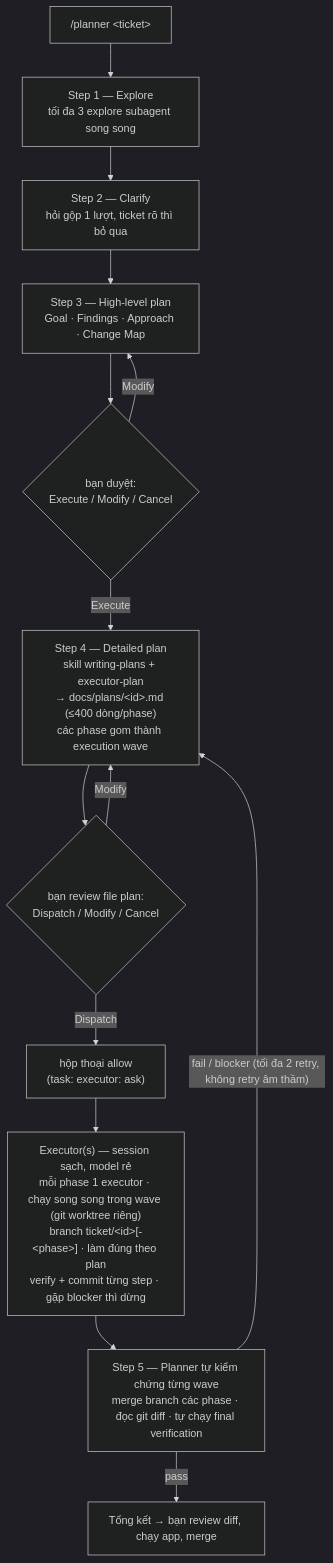
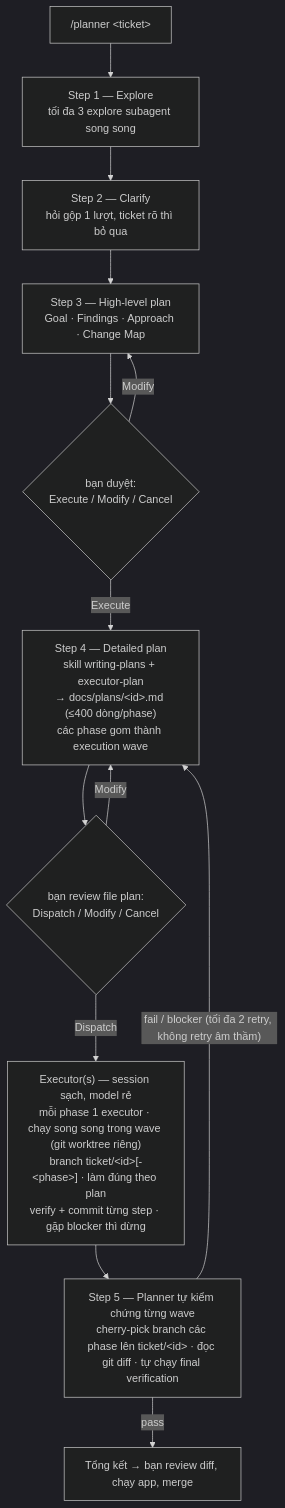
One commit to thanhnguyen293/planexec changed the diagram in README.vi.md. Above: the diagram before and after it, drawn with Mermaid (dark theme). The commit also changed other lines of this file and 5 other files, not shown here.

First line of the commit message:
workflow: auto-allow executor + cherry-pick waves (all 3 tools)

````diff
--- a/README.vi.md
+++ b/README.vi.md
@@ -12,16 +12,15 @@
 ```mermaid
 flowchart TD
     A["/planner &lt;ticket&gt;"] --> B["Step 1 — Explore<br/>tối đa 3 explore subagent song song"]
     B --> C["Step 2 — Clarify<br/>hỏi gộp 1 lượt, ticket rõ thì bỏ qua"]
     C --> D["Step 3 — High-level plan<br/>Goal · Findings · Approach · Change Map"]
     D --> G1{"bạn duyệt:<br/>Execute / Modify / Cancel"}
     G1 -- Modify --> D
     G1 -- Execute --> E["Step 4 — Detailed plan<br/>skill writing-plans + executor-plan<br/>→ docs/plans/&lt;id&gt;.md (≤400 dòng/phase)<br/>các phase gom thành execution wave"]
     E --> G2{"bạn review file plan:<br/>Dispatch / Modify / Cancel"}
     G2 -- Modify --> E
-    G2 -- Dispatch --> G3["hộp thoại allow<br/>(task: executor: ask)"]
-    G3 --> X["Executor(s) — session sạch, model rẻ<br/>mỗi phase 1 executor · chạy song song trong wave (git worktree riêng)<br/>branch ticket/&lt;id&gt;[-&lt;phase&gt;] · làm đúng theo plan<br/>verify + commit từng step · gặp blocker thì dừng"]
-    X --> V["Step 5 — Planner tự kiểm chứng từng wave<br/>merge branch các phase · đọc git diff · tự chạy final verification"]
+    G2 -- Dispatch --> X["Executor(s) — session sạch, model rẻ<br/>mỗi phase 1 executor · chạy song song trong wave (git worktree riêng)<br/>branch ticket/&lt;id&gt;[-&lt;phase&gt;] · làm đúng theo plan<br/>verify + commit từng step · gặp blocker thì dừng"]
+    X --> V["Step 5 — Planner tự kiểm chứng từng wave<br/>cherry-pick branch các phase lên ticket/&lt;id&gt; · đọc git diff · tự chạy final verification"]
     V -- "fail / blocker (tối đa 2 retry, không retry âm thầm)" --> E
     V -- pass --> Z["Tổng kết → bạn review diff, chạy app, merge"]
 ```
````
